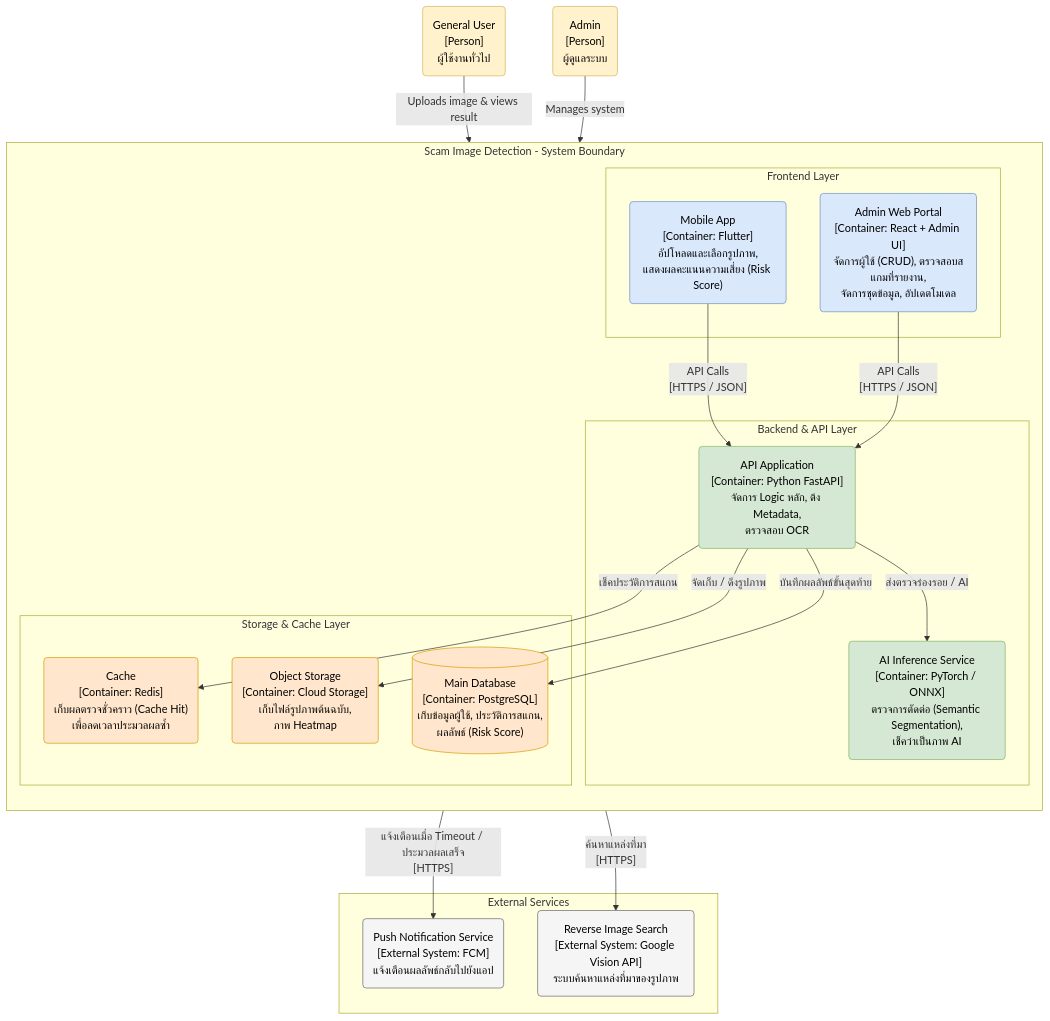
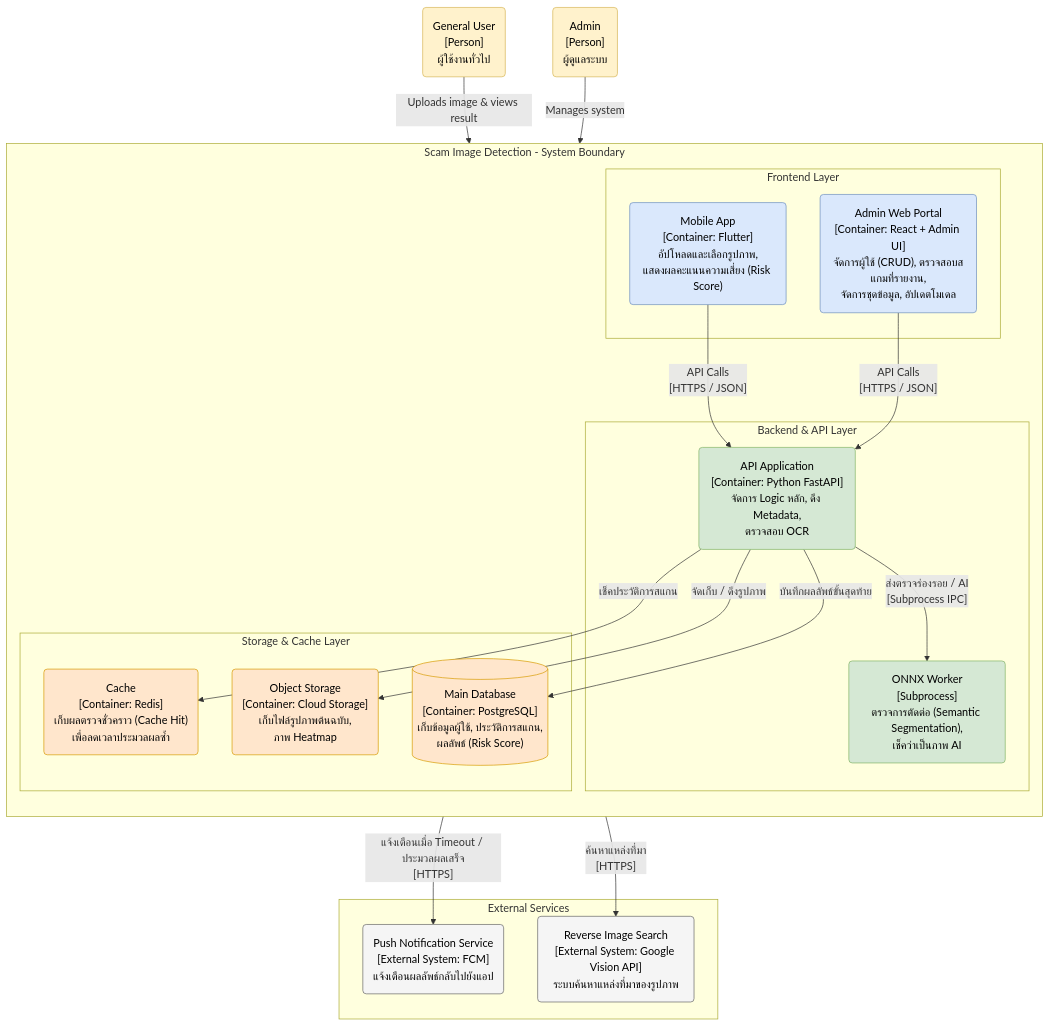
One commit to Panuwat-ta/project changed the diagram in wiki/architecture/c2-container-diagram.md. Above: the diagram before and after it, drawn with Mermaid. The commit also changed other lines of this file and 83 other files, not shown here.

````diff
--- a/wiki/architecture/c2-container-diagram.md
+++ b/wiki/architecture/c2-container-diagram.md
@@ -11,62 +11,62 @@
 ```mermaid
 flowchart TB
     %% การตั้งค่า Class สีต่างๆ
     classDef userFill fill:#fff2cc,stroke:#d6b656,color:black
     classDef clientFill fill:#dae8fc,stroke:#6c8ebf,color:black
     classDef backendFill fill:#d5e8d4,stroke:#82b366,color:black
     classDef storageFill fill:#ffe6cc,stroke:#d79b00,color:black
     classDef extFill fill:#f5f5f5,stroke:#666666,color:black
 
     %% Actors Boundary
     User("General User<br>[Person]<br>ผู้ใช้งานทั่วไป")
     Admin("Admin<br>[Person]<br>ผู้ดูแลระบบ")
 
     %% System Boundary
     subgraph ScamSystem [Scam Image Detection - System Boundary]
         direction TB
 
         subgraph Frontends [Frontend Layer]
             MobileApp("Mobile App<br>[Container: Flutter]<br>อัปโหลดและเลือกรูปภาพ,<br>แสดงผลคะแนนความเสี่ยง (Risk Score)")
             AdminPortal("Admin Web Portal<br>[Container: React + Admin UI]<br>จัดการผู้ใช้ (CRUD), ตรวจสอบสแกมที่รายงาน,<br>จัดการชุดข้อมูล, อัปเดตโมเดล")
         end
 
         subgraph Backends [Backend & API Layer]
             APIGateway("API Application<br>[Container: Python FastAPI]<br>จัดการ Logic หลัก, ดึง Metadata,<br>ตรวจสอบ OCR")
-            AIInference("AI Inference Service<br>[Container: PyTorch / ONNX]<br>ตรวจการตัดต่อ (Semantic Segmentation),<br>เช็คว่าเป็นภาพ AI")
+            AIInference("ONNX Worker<br>[Subprocess]<br>ตรวจการตัดต่อ (Semantic Segmentation),<br>เช็คว่าเป็นภาพ AI")
         end
 
         subgraph Storages [Storage & Cache Layer]
             Cache("Cache<br>[Container: Redis]<br>เก็บผลตรวจชั่วคราว (Cache Hit)<br>เพื่อลดเวลาประมวลผลซ้ำ")
             ObjectStore("Object Storage<br>[Container: Cloud Storage]<br>เก็บไฟล์รูปภาพต้นฉบับ,<br>ภาพ Heatmap")
             MainDB[("Main Database<br>[Container: PostgreSQL]<br>เก็บข้อมูลผู้ใช้, ประวัติการสแกน,<br>ผลลัพธ์ (Risk Score)")]
         end
     end
 
     %% External Systems Boundary
     subgraph Externals [External Services]
         PushService("Push Notification Service<br>[External System: FCM]<br>แจ้งเตือนผลลัพธ์กลับไปยังแอป")
         ReverseSearch("Reverse Image Search<br>[External System: Google Vision API]<br>ระบบค้นหาแหล่งที่มาของรูปภาพ")
     end
 
     %% Relationships / Associations
     User -- "Uploads image & views result" --> MobileApp
     Admin -- "Manages system" --> AdminPortal
 
     MobileApp -- "API Calls<br>[HTTPS / JSON]" --> APIGateway
     AdminPortal -- "API Calls<br>[HTTPS / JSON]" --> APIGateway
 
     APIGateway -- "เช็คประวัติการสแกน" --> Cache
-    APIGateway -- "ส่งตรวจร่องรอย / AI" --> AIInference
+    APIGateway -- "ส่งตรวจร่องรอย / AI<br>[Subprocess IPC]" --> AIInference
     APIGateway -- "จัดเก็บ / ดึงรูปภาพ" --> ObjectStore
     APIGateway -- "บันทึกผลลัพธ์ขั้นสุดท้าย" --> MainDB
     
     APIGateway -- "แจ้งเตือนเมื่อ Timeout / ประมวลผลเสร็จ<br>[HTTPS]" --> PushService
     APIGateway -- "ค้นหาแหล่งที่มา<br>[HTTPS]" --> ReverseSearch
 
     %% Apply Styles
     class User,Admin userFill
     class MobileApp,AdminPortal clientFill
     class APIGateway,AIInference backendFill
     class Cache,ObjectStore,MainDB storageFill
     class PushService,ReverseSearch extFill
 ```
````
